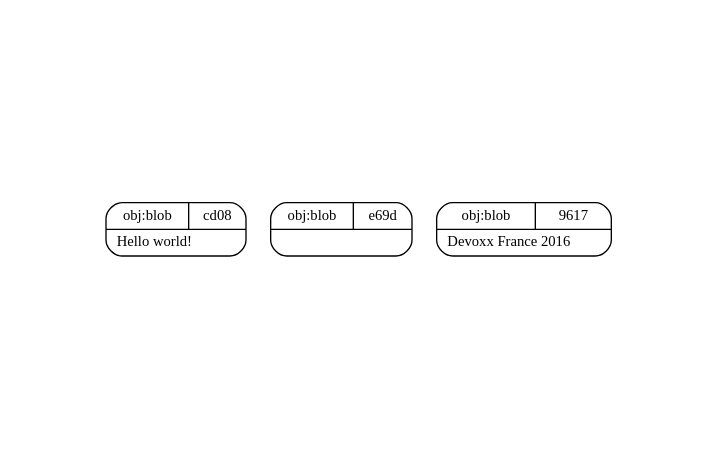
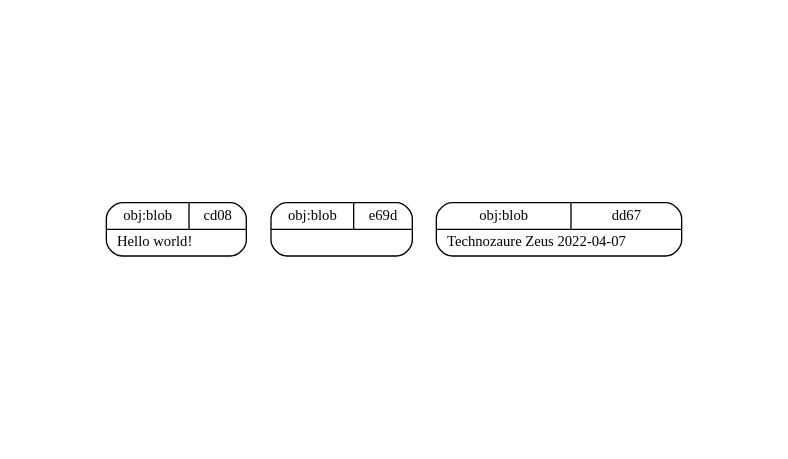
One commit to zigarn/git-internals changed the diagram in create_blobs.dot. Above: the diagram before and after it, drawn with Graphviz. The commit also changed 10 other files, not shown here.

```diff
--- a/create_blobs.dot
+++ b/create_blobs.dot
@@ -1,8 +1,8 @@
 digraph structs {
   pad="1,2";
   node [shape=record,fontsize=11];
   rankdir="TB";
   _cd08 [fillcolor="white", style="filled,rounded", label="{{obj:blob|cd08}|Hello\ world\!\l}"]
   _e69d [fillcolor="white", style="filled,rounded", label="{{obj:blob|e69d}|}"]
-  _9617 [fillcolor="white", style="filled,rounded", label="{{obj:blob|9617}|Devoxx\ France\ 2016\l}"]
+  _dd67 [fillcolor="white", style="filled,rounded", label="{{obj:blob|dd67}|Technozaure\ Zeus\ 2022-04-07\l}"]
 }
```
